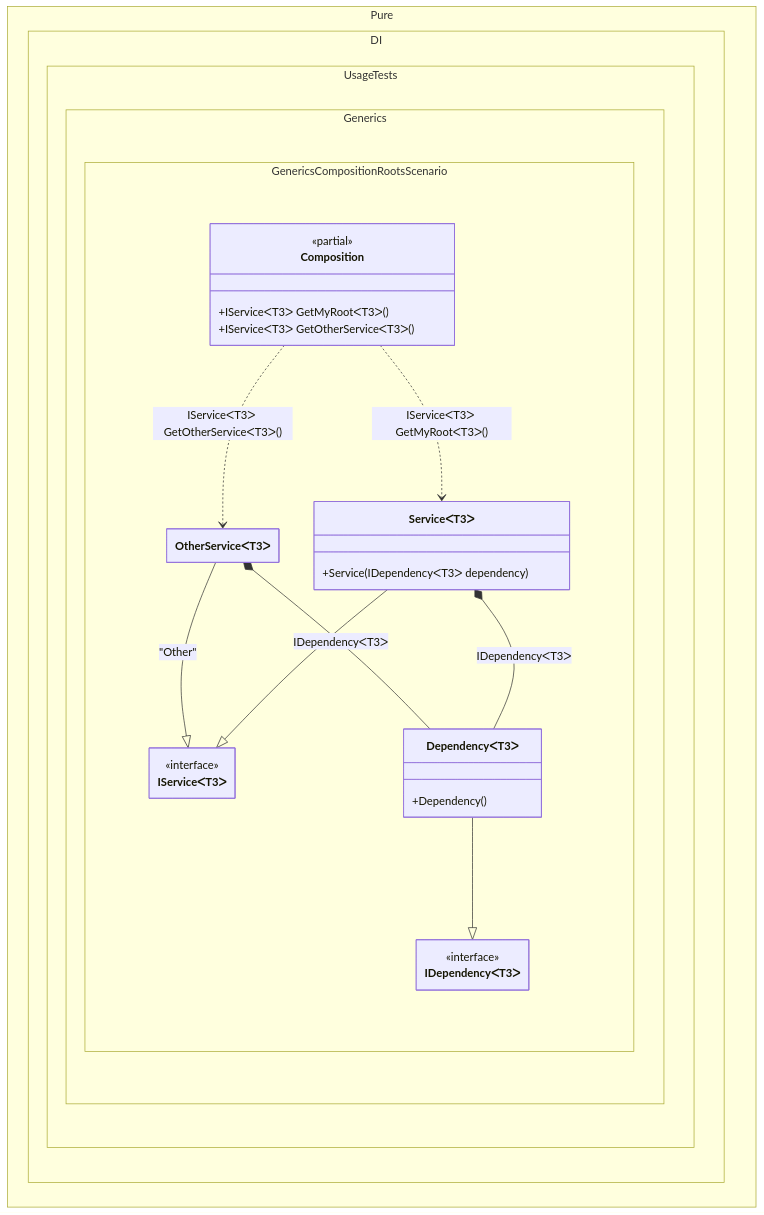
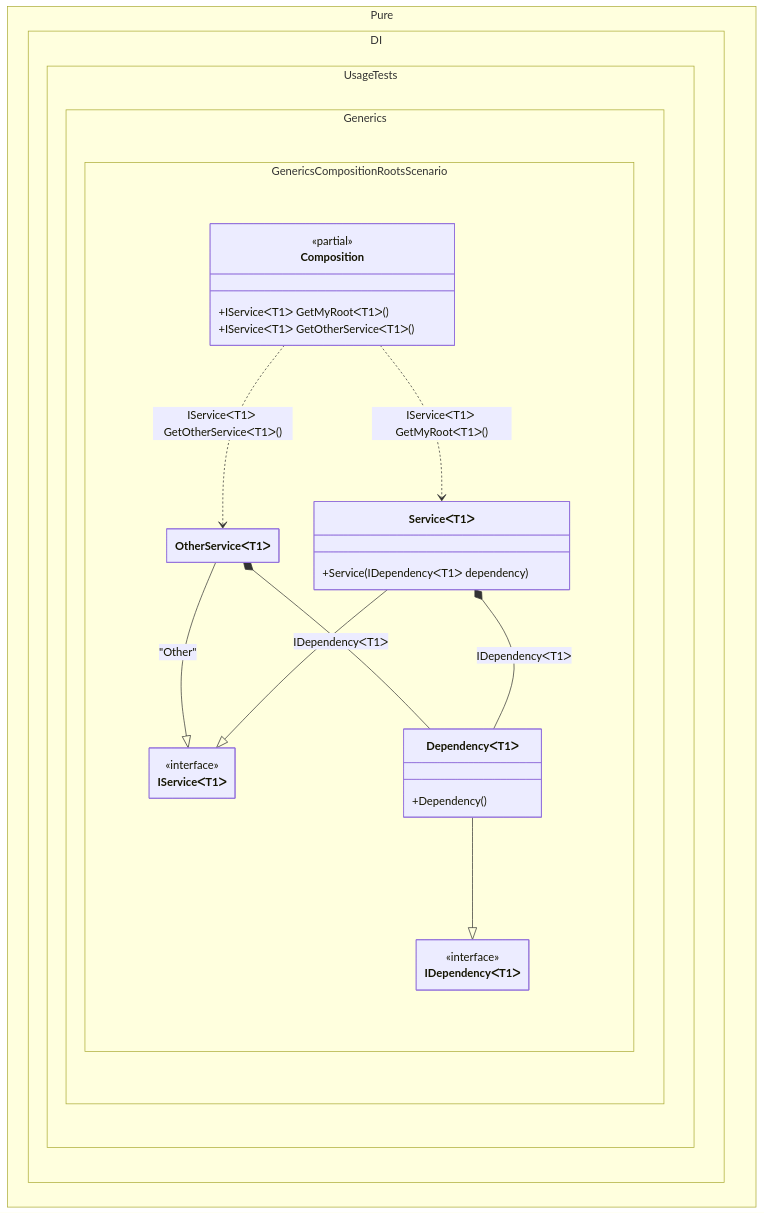
The diagram in readme/generic-composition-roots.md (DevTeam/Pure.DI), drawn with Mermaid before and after one commit. The commit also changed other lines of this file and 177 other files, not shown here.

````diff
--- a/readme/generic-composition-roots.md
+++ b/readme/generic-composition-roots.md
@@ -119,36 +119,36 @@
 ```mermaid
 ---
  config:
   class:
    hideEmptyMembersBox: true
 ---
 classDiagram
-	OtherServiceᐸT3ᐳ --|> IServiceᐸT3ᐳ : "Other" 
-	ServiceᐸT3ᐳ --|> IServiceᐸT3ᐳ
-	DependencyᐸT3ᐳ --|> IDependencyᐸT3ᐳ
-	Composition ..> OtherServiceᐸT3ᐳ : IServiceᐸT3ᐳ GetOtherServiceᐸT3ᐳ()
-	Composition ..> ServiceᐸT3ᐳ : IServiceᐸT3ᐳ GetMyRootᐸT3ᐳ()
-	OtherServiceᐸT3ᐳ *--  DependencyᐸT3ᐳ : IDependencyᐸT3ᐳ
-	ServiceᐸT3ᐳ *--  DependencyᐸT3ᐳ : IDependencyᐸT3ᐳ
+	OtherServiceᐸT1ᐳ --|> IServiceᐸT1ᐳ : "Other" 
+	ServiceᐸT1ᐳ --|> IServiceᐸT1ᐳ
+	DependencyᐸT1ᐳ --|> IDependencyᐸT1ᐳ
+	Composition ..> OtherServiceᐸT1ᐳ : IServiceᐸT1ᐳ GetOtherServiceᐸT1ᐳ()
+	Composition ..> ServiceᐸT1ᐳ : IServiceᐸT1ᐳ GetMyRootᐸT1ᐳ()
+	OtherServiceᐸT1ᐳ *--  DependencyᐸT1ᐳ : IDependencyᐸT1ᐳ
+	ServiceᐸT1ᐳ *--  DependencyᐸT1ᐳ : IDependencyᐸT1ᐳ
 	namespace Pure.DI.UsageTests.Generics.GenericsCompositionRootsScenario {
 		class Composition {
 		<<partial>>
-		+IServiceᐸT3ᐳ GetMyRootᐸT3ᐳ()
-		+IServiceᐸT3ᐳ GetOtherServiceᐸT3ᐳ()
+		+IServiceᐸT1ᐳ GetMyRootᐸT1ᐳ()
+		+IServiceᐸT1ᐳ GetOtherServiceᐸT1ᐳ()
 		}
-		class DependencyᐸT3ᐳ {
+		class DependencyᐸT1ᐳ {
 			+Dependency()
 		}
-		class IDependencyᐸT3ᐳ {
+		class IDependencyᐸT1ᐳ {
 			<<interface>>
 		}
-		class IServiceᐸT3ᐳ {
+		class IServiceᐸT1ᐳ {
 			<<interface>>
 		}
-		class OtherServiceᐸT3ᐳ {
+		class OtherServiceᐸT1ᐳ {
 		}
-		class ServiceᐸT3ᐳ {
-			+Service(IDependencyᐸT3ᐳ dependency)
+		class ServiceᐸT1ᐳ {
+			+Service(IDependencyᐸT1ᐳ dependency)
 		}
 	}
 ```
````
